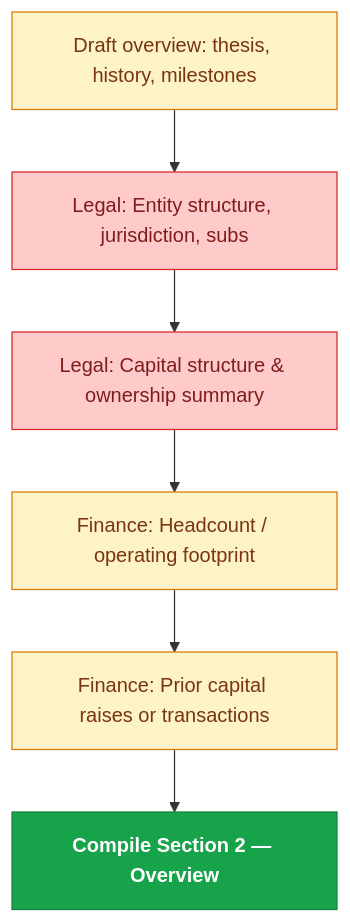
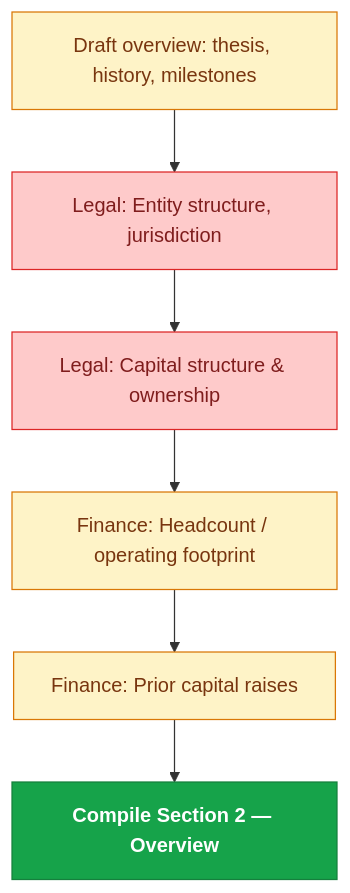
The fourth of 17 diagrams in README.md (mrchanpark/IC-Memo-Flow-Chart-V2), drawn with Mermaid before and after one commit. The commit also changed other lines of this file and 2 other files, not shown here.

````diff
--- a/README.md
+++ b/README.md
@@ -86,11 +98,11 @@
 ```mermaid
 flowchart TB
-  A["Draft overview: thesis, history, milestones"]:::yel --> B["Legal: Entity structure, jurisdiction, subs"]:::red
-  B --> C["Legal: Capital structure & ownership summary"]:::red
+  A["Draft overview: thesis, history, milestones"]:::yel --> B["Legal: Entity structure, jurisdiction"]:::red
+  B --> C["Legal: Capital structure & ownership"]:::red
   C --> D["Finance: Headcount / operating footprint"]:::yel
-  D --> E["Finance: Prior capital raises or transactions"]:::yel
+  D --> E["Finance: Prior capital raises"]:::yel
   E --> F["Compile Section 2 — Overview"]:::grnC
   classDef red fill:#fecaca,stroke:#dc2626,color:#7f1d1d
   classDef yel fill:#fef3c7,stroke:#d97706,color:#78350f
   classDef grnC fill:#16a34a,stroke:#15803d,color:#fff,font-weight:700
 ```
````
